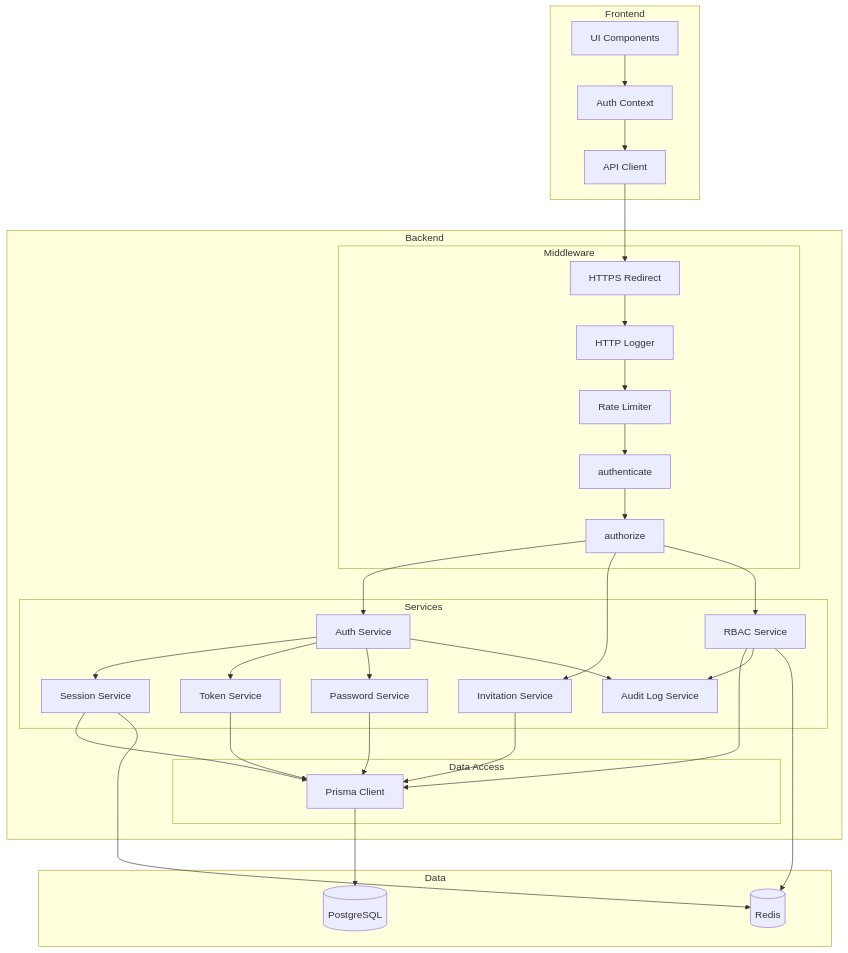
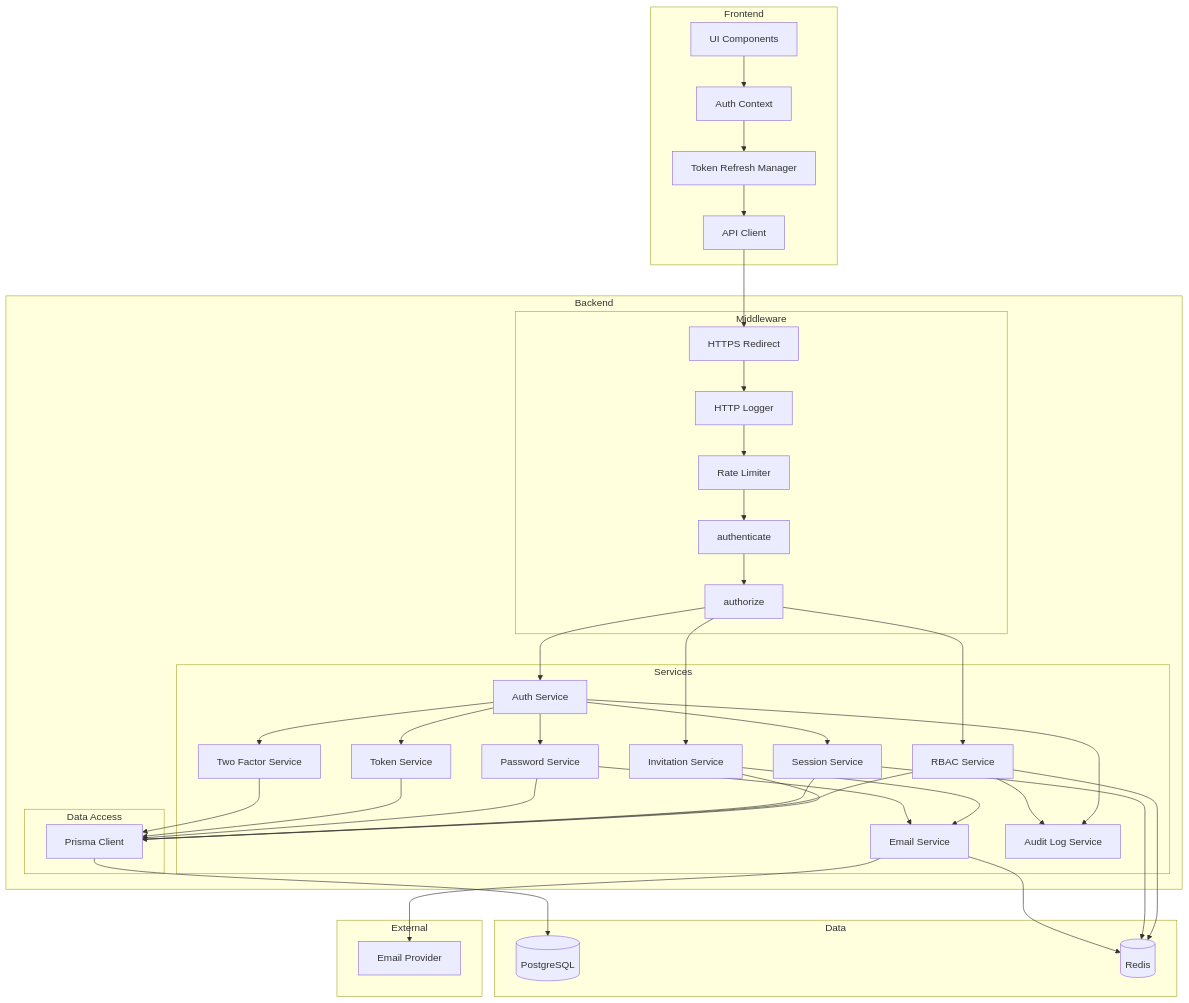
The first of 7 diagrams in .kiro/specs/user-authentication/design.md (inakanou/ArchiTrack), drawn with Mermaid before and after one commit. The commit also changed other lines of this file and 1 other file, not shown here.

````diff
--- a/.kiro/specs/user-authentication/design.md
+++ b/.kiro/specs/user-authentication/design.md
@@ -53,61 +55,75 @@
 ```mermaid
 graph TB
     subgraph "Frontend"
         UI[UI Components]
         AuthContext[Auth Context]
         APIClient[API Client]
+        TokenRefreshManager[Token Refresh Manager]
     end
 
     subgraph "Backend"
         subgraph "Middleware"
             HTTPS[HTTPS Redirect]
             Logger[HTTP Logger]
             RateLimit[Rate Limiter]
             Auth[authenticate]
             Authz[authorize]
         end
 
         subgraph "Services"
             AuthService[Auth Service]
             InvitationService[Invitation Service]
             RBACService[RBAC Service]
             SessionService[Session Service]
             PasswordService[Password Service]
             TokenService[Token Service]
+            TwoFactorService[Two Factor Service]
+            EmailService[Email Service]
             AuditLogService[Audit Log Service]
         end
 
         subgraph "Data Access"
             PrismaClient[Prisma Client]
         end
     end
 
     subgraph "Data"
         PostgreSQL[(PostgreSQL)]
         Redis[(Redis)]
     end
 
+    subgraph "External"
+        EmailProvider[Email Provider]
+    end
+
     UI --> AuthContext
-    AuthContext --> APIClient
+    AuthContext --> TokenRefreshManager
+    TokenRefreshManager --> APIClient
     APIClient --> HTTPS
     HTTPS --> Logger
     Logger --> RateLimit
     RateLimit --> Auth
     Auth --> Authz
     Authz --> AuthService
     Authz --> InvitationService
     Authz --> RBACService
     AuthService --> SessionService
     AuthService --> TokenService
     AuthService --> PasswordService
+    AuthService --> TwoFactorService
+    InvitationService --> EmailService
+    PasswordService --> EmailService
     InvitationService --> PrismaClient
     RBACService --> PrismaClient
     SessionService --> PrismaClient
     PasswordService --> PrismaClient
     TokenService --> PrismaClient
+    TwoFactorService --> PrismaClient
+    EmailService --> EmailProvider
     AuthService --> AuditLogService
     RBACService --> AuditLogService
     PrismaClient --> PostgreSQL
     RBACService --> Redis
     SessionService --> Redis
+    EmailService --> Redis
 ```
````
